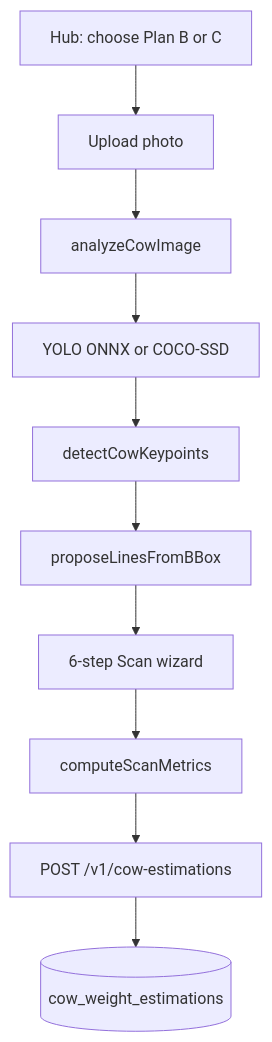
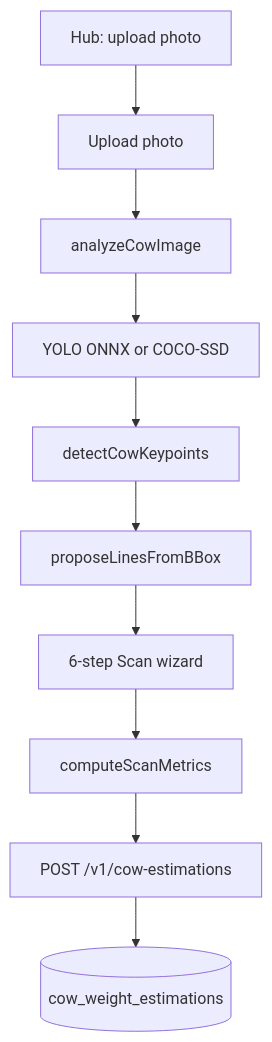
Before and after one commit to SASagorAhmed/Farm-Bondhu: the first of 7 diagrams in frontend/src/lib/cowWeight/cowweight.md, drawn with Mermaid. The commit also changed other lines of this file and 2 other files, not shown here.

Commit message:
docs(cowWeight): document strict weight rules and OpenRouter cloud flow

````diff
--- a/frontend/src/lib/cowWeight/cowweight.md
+++ b/frontend/src/lib/cowWeight/cowweight.md
@@ -56,17 +56,17 @@
 ```mermaid
 flowchart TB
-  hub[Hub: choose Plan B or C]
+  hub[Hub: upload photo]
   upload[Upload photo]
   analyze[analyzeCowImage]
   yolo[YOLO ONNX or COCO-SSD]
   kp[detectCowKeypoints]
   lines[proposeLinesFromBBox]
   wizard[6-step Scan wizard]
   metrics[computeScanMetrics]
   api[POST /v1/cow-estimations]
   db[(cow_weight_estimations)]
 
   hub --> upload --> analyze
   analyze --> yolo --> kp --> lines --> wizard
   wizard --> metrics --> api --> db
 ```
````
